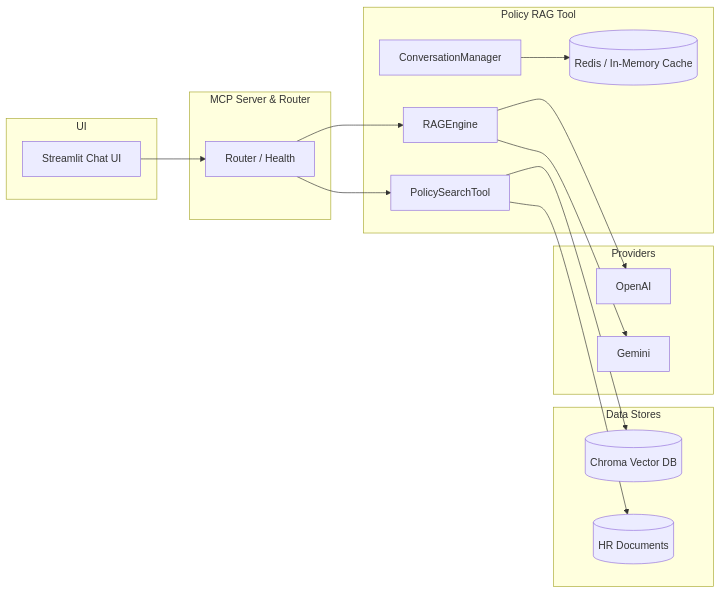
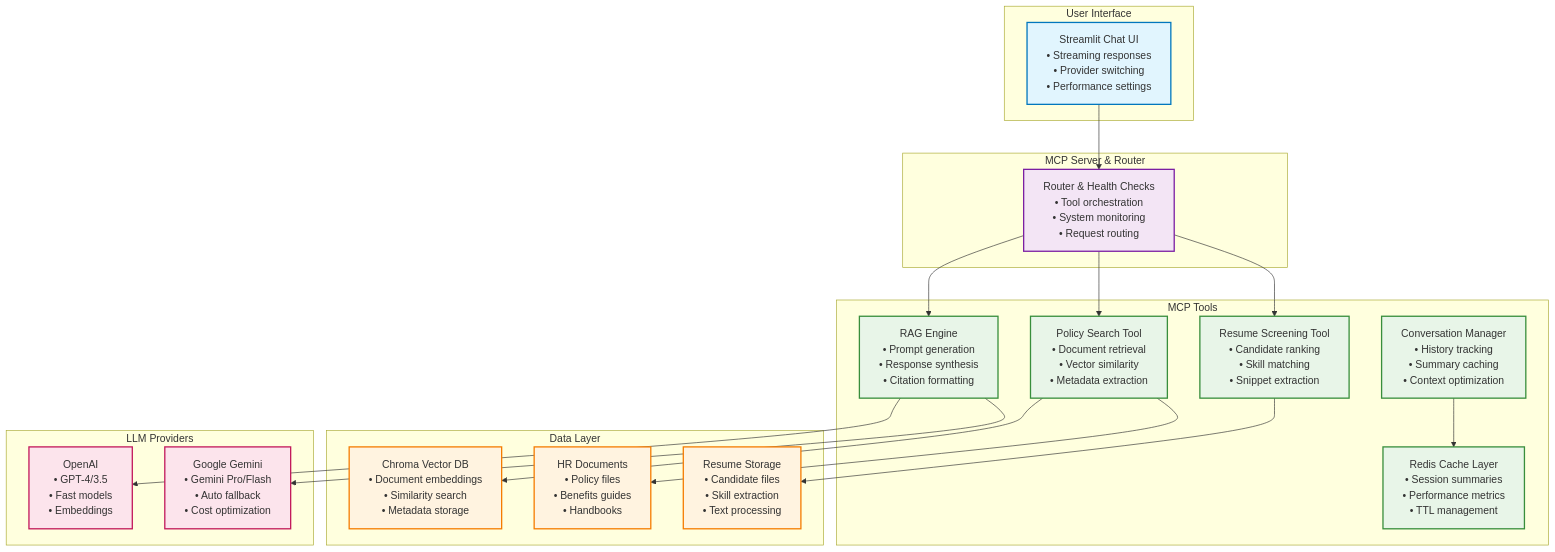
One commit to sanjanb/mcp-agent changed the diagram in README.md. Above: the diagram before and after it, drawn with Mermaid. The commit also changed other lines of this file, not shown here.

````diff
--- a/README.md
+++ b/README.md
@@ -36,36 +73,52 @@
 ```mermaid
-flowchart LR
-   subgraph UI
-      ST["Streamlit Chat UI"]
-   end
+flowchart TB
+    subgraph "User Interface"
+        ST["Streamlit Chat UI<br/>• Streaming responses<br/>• Provider switching<br/>• Performance settings"]
+    end
 
-   subgraph MCP["MCP Server & Router"]
-      Router[Router / Health]
-   end
+    subgraph "MCP Server & Router"  
+        Router["Router & Health Checks<br/>• Tool orchestration<br/>• System monitoring<br/>• Request routing"]
+    end
 
-   subgraph TOOLS["Policy RAG Tool"]
-      PS[PolicySearchTool]
-      RAG[RAGEngine]
-      CONV[ConversationManager]
-      CACHE[(Redis / In‑Memory Cache)]
-   end
+    subgraph "MCP Tools"
+        PS["Policy Search Tool<br/>• Document retrieval<br/>• Vector similarity<br/>• Metadata extraction"]
+        RAG["RAG Engine<br/>• Prompt generation<br/>• Response synthesis<br/>• Citation formatting"]
+        RS["Resume Screening Tool<br/>• Candidate ranking<br/>• Skill matching<br/>• Snippet extraction"]
+        CONV["Conversation Manager<br/>• History tracking<br/>• Summary caching<br/>• Context optimization"]
+        CACHE["Redis Cache Layer<br/>• Session summaries<br/>• Performance metrics<br/>• TTL management"]
+    end
 
-   subgraph DATA["Data Stores"]
-      CHROMA[(Chroma Vector DB)]
-      DOCS[(HR Documents)]
-   end
+    subgraph "Data Layer"
+        CHROMA["Chroma Vector DB<br/>• Document embeddings<br/>• Similarity search<br/>• Metadata storage"]
+        DOCS["HR Documents<br/>• Policy files<br/>• Benefits guides<br/>• Handbooks"]
+        RESUMES["Resume Storage<br/>• Candidate files<br/>• Skill extraction<br/>• Text processing"]
+    end
 
-   subgraph LLM["Providers"]
-      OPENAI[OpenAI]
-      GEMINI[Gemini]
-   end
+    subgraph "LLM Providers"
+        OPENAI["OpenAI<br/>• GPT-4/3.5<br/>• Fast models<br/>• Embeddings"]
+        GEMINI["Google Gemini<br/>• Gemini Pro/Flash<br/>• Auto fallback<br/>• Cost optimization"]
+    end
 
-   ST --> Router
-   Router --> PS
-   Router --> RAG
-   PS --> CHROMA
-   PS --> DOCS
-   RAG --> OPENAI
-   RAG --> GEMINI
-   CONV --> CACHE
+    ST --> Router
+    Router --> PS
+    Router --> RAG  
+    Router --> RS
+    PS --> CHROMA
+    PS --> DOCS
+    RS --> RESUMES
+    RAG --> OPENAI
+    RAG --> GEMINI
+    CONV --> CACHE
+    
+    classDef uiStyle fill:#e1f5fe,stroke:#0277bd,stroke-width:2px
+    classDef mcpStyle fill:#f3e5f5,stroke:#7b1fa2,stroke-width:2px
+    classDef toolStyle fill:#e8f5e8,stroke:#388e3c,stroke-width:2px
+    classDef dataStyle fill:#fff3e0,stroke:#f57c00,stroke-width:2px
+    classDef llmStyle fill:#fce4ec,stroke:#c2185b,stroke-width:2px
+    
+    class ST uiStyle
+    class Router mcpStyle
+    class PS,RAG,RS,CONV,CACHE toolStyle
+    class CHROMA,DOCS,RESUMES dataStyle
+    class OPENAI,GEMINI llmStyle
 ```
````
